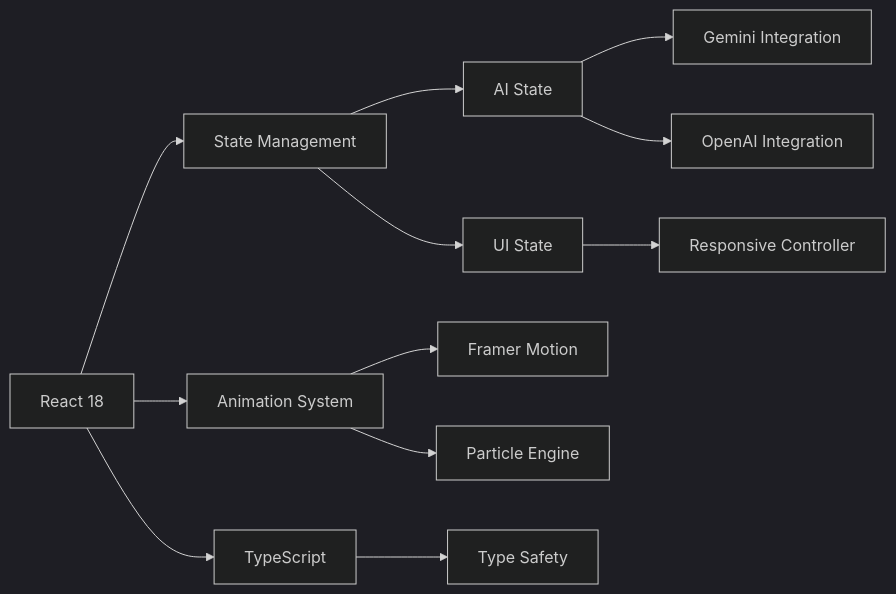
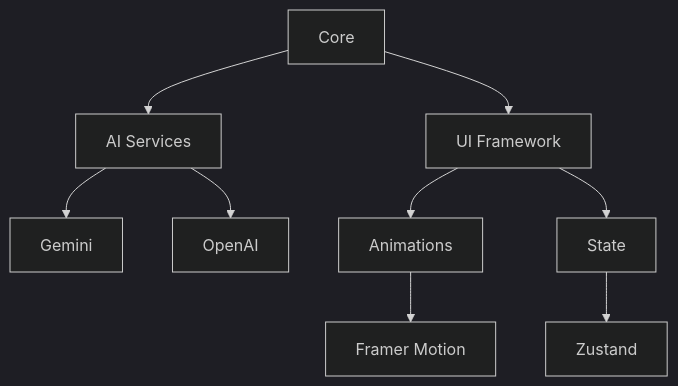
Before and after one commit to YounesMoukhlij/Younes.ai: the diagram in README.md, drawn with Mermaid (dark theme). The commit also changed other lines of this file, not shown here.

````diff
--- a/README.md
+++ b/README.md
@@ -77,14 +76,11 @@
 ```mermaid
-graph LR
-    A[React 18] --> B[State Management]
-    A --> C[TypeScript]
-    A --> D[Animation System]
-    B --> E[AI State]
-    B --> F[UI State]
-    D --> G[Framer Motion]
-    D --> H[Particle Engine]
-    C --> I[Type Safety]
-    E --> J[Gemini Integration]
-    E --> K[OpenAI Integration]
-    F --> L[Responsive Controller]
+graph TD
+    A[Core] --> B[AI Services]
+    A --> C[UI Framework]
+    B --> D[Gemini]
+    B --> E[OpenAI]
+    C --> F[Animations]
+    C --> G[State]
+    F --> H[Framer Motion]
+    G --> I[Zustand]
 ```
````
